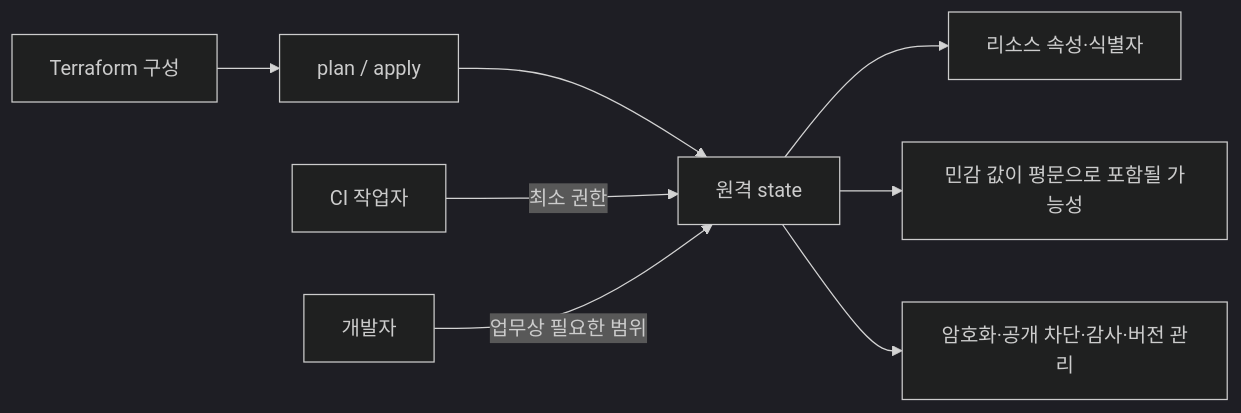
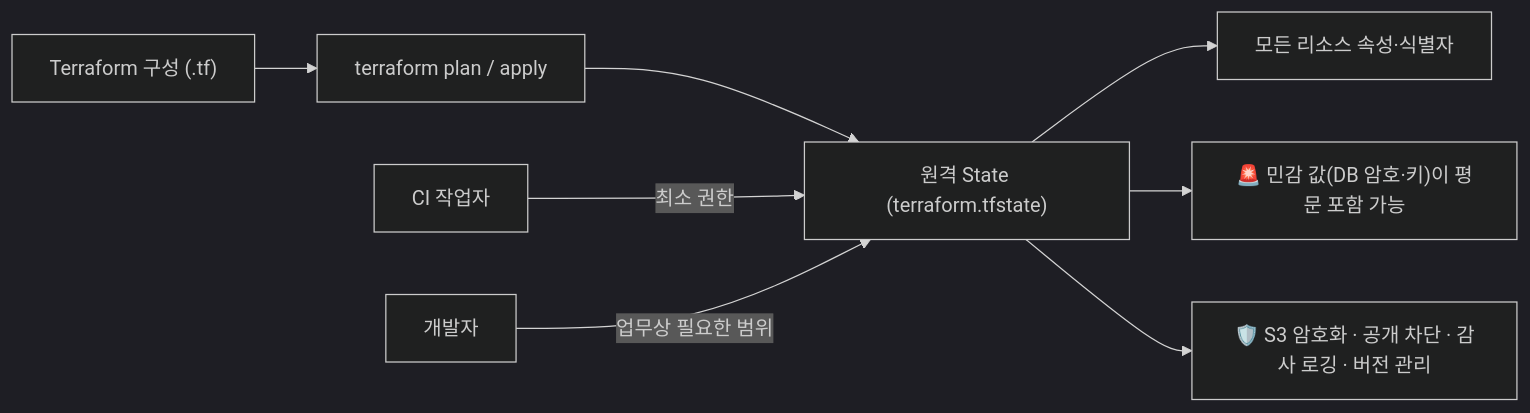
One commit to gooyong-sec/gooyong-sec.github.io changed the third of 3 diagrams in content/클라우드인프라/클라우드 인프라 진단 — IaC 보안 스캐닝(Terraform·K8s manifest).md. Above: the diagram before and after it, drawn with Mermaid (dark theme). The commit also changed other lines of this file and 68 other files, not shown here.

````diff
--- a/content/클라우드인프라/클라우드 인프라 진단 — IaC 보안 스캐닝(Terraform·K8s manifest).md
+++ b/content/클라우드인프라/클라우드 인프라 진단 — IaC 보안 스캐닝(Terraform·K8s manifest).md
@@ -69,10 +153,10 @@
 ```mermaid
 flowchart LR
-    A["Terraform 구성"] --> B["plan / apply"]
-    B --> C["원격 state"]
-    C --> D["리소스 속성·식별자"]
-    C --> E["민감 값이 평문으로 포함될 가능성"]
+    A["Terraform 구성 (.tf)"] --> B["terraform plan / apply"]
+    B --> C["원격 State (terraform.tfstate)"]
+    C --> D["모든 리소스 속성·식별자"]
+    C --> E["🚨 민감 값(DB 암호·키)이 평문 포함 가능"]
     F["CI 작업자"] -->|"최소 권한"| C
     G["개발자"] -->|"업무상 필요한 범위"| C
-    C --> H["암호화·공개 차단·감사·버전 관리"]
+    C --> H["🛡️ S3 암호화 · 공개 차단 · 감사 로깅 · 버전 관리"]
 ```
````
